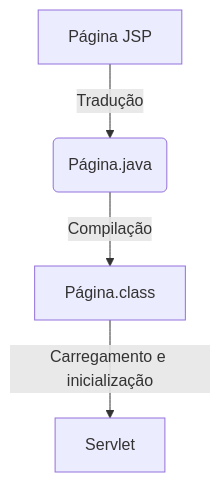
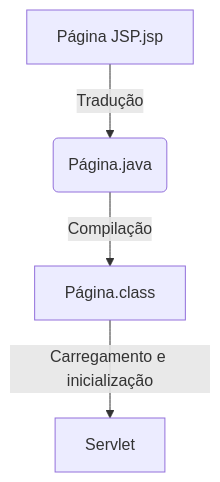
One commit to lschlestein/servlet changed the diagram in paginasJSP.md. Above: the diagram before and after it, drawn with Mermaid.

````diff
--- a/paginasJSP.md
+++ b/paginasJSP.md
@@ -4,5 +4,5 @@
 ``` mermaid
 flowchart TD
-    A[Página JSP] -->|Tradução| B(Página.java)
+    A[Página JSP.jsp] -->|Tradução| B(Página.java)
     B-->|Compilação| C[Página.class]-->|Carregamento e inicialização| D[Servlet]
 ```
````
